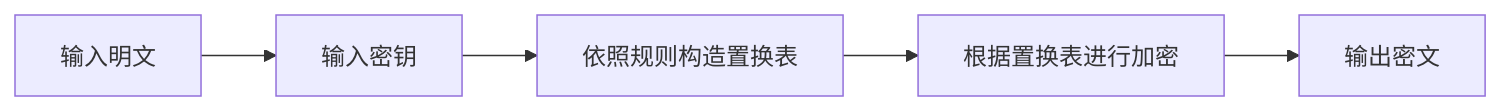
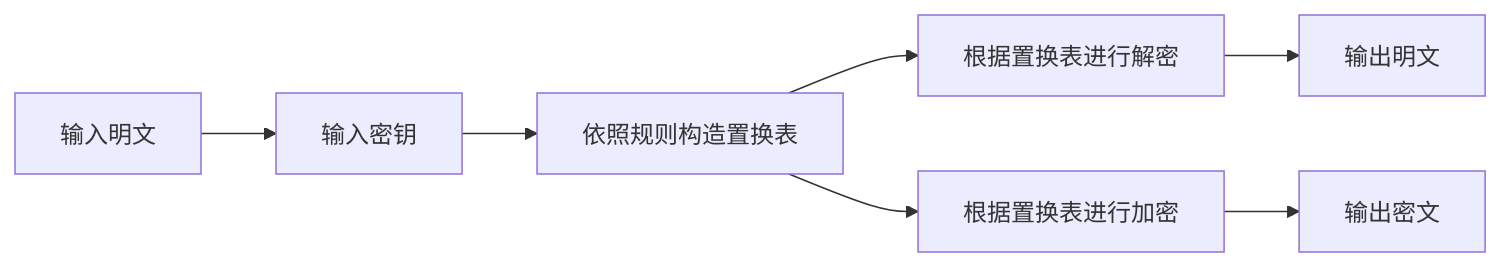
The second of 2 diagrams in lab1/Lab1-report.md (runxii/crypto-labs), drawn with Mermaid before and after one commit. The commit also changed other lines of this file and 68 other files, not shown here.

````diff
--- a/lab1/Lab1-report.md
+++ b/lab1/Lab1-report.md
@@ -216,4 +203,5 @@
 ``` mermaid
 graph LR
-输入明文-->输入密钥-->依照规则构造置换表-->根据置换表进行加密-->输出密文
+输入明文-->输入密钥-->c[依照规则构造置换表]-->根据置换表进行解密-->输出明文
+c-->a[根据置换表进行加密]-->b[输出密文]
 ```
````
